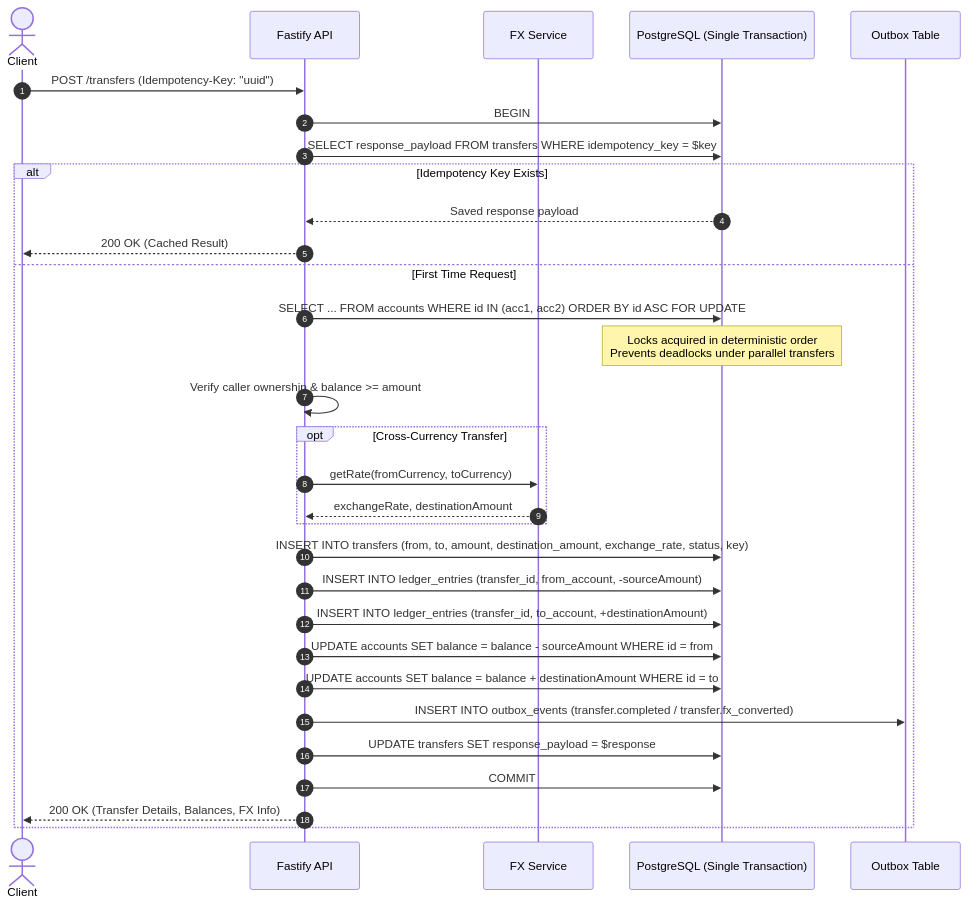
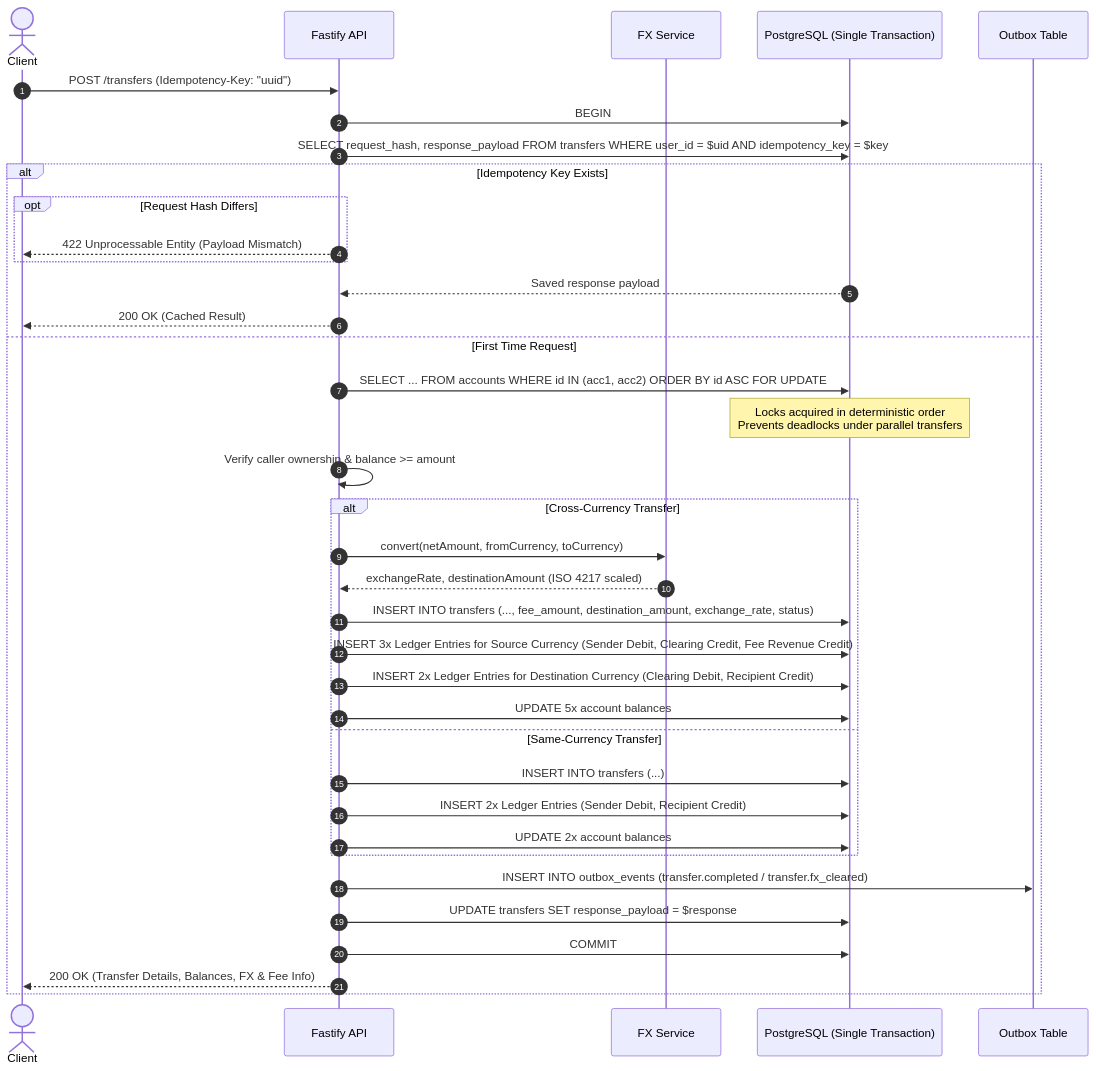
The second of 4 diagrams in README.md (Sanskar2298/digitalwallet-), drawn with Mermaid before and after one commit. The commit also changed other lines of this file, not shown here.

Commit message:
docs: clean up README, align diagrams with 5-entry fee flow, fix formatting and roadmap

````diff
--- a/README.md
+++ b/README.md
@@ -95,34 +100,40 @@
 ```mermaid
 sequenceDiagram
     autonumber
     actor Client
     participant API as Fastify API
     participant FX as FX Service
     participant DB as PostgreSQL (Single Transaction)
     participant Outbox as Outbox Table
 
     Client->>API: POST /transfers (Idempotency-Key: "uuid")
     API->>DB: BEGIN
-    API->>DB: SELECT response_payload FROM transfers WHERE idempotency_key = $key
+    API->>DB: SELECT request_hash, response_payload FROM transfers WHERE user_id = $uid AND idempotency_key = $key
     alt Idempotency Key Exists
+        opt Request Hash Differs
+            API-->>Client: 422 Unprocessable Entity (Payload Mismatch)
+        end
         DB-->>API: Saved response payload
         API-->>Client: 200 OK (Cached Result)
     else First Time Request
         API->>DB: SELECT ... FROM accounts WHERE id IN (acc1, acc2) ORDER BY id ASC FOR UPDATE
         Note over DB: Locks acquired in deterministic order<br/>Prevents deadlocks under parallel transfers
         API->>API: Verify caller ownership & balance >= amount
-        opt Cross-Currency Transfer
-            API->>FX: getRate(fromCurrency, toCurrency)
-            FX-->>API: exchangeRate, destinationAmount
+        alt Cross-Currency Transfer
+            API->>FX: convert(netAmount, fromCurrency, toCurrency)
+            FX-->>API: exchangeRate, destinationAmount (ISO 4217 scaled)
+            API->>DB: INSERT INTO transfers (..., fee_amount, destination_amount, exchange_rate, status)
+            API->>DB: INSERT 3x Ledger Entries for Source Currency (Sender Debit, Clearing Credit, Fee Revenue Credit)
+            API->>DB: INSERT 2x Ledger Entries for Destination Currency (Clearing Debit, Recipient Credit)
+            API->>DB: UPDATE 5x account balances
+        else Same-Currency Transfer
+            API->>DB: INSERT INTO transfers (...)
+            API->>DB: INSERT 2x Ledger Entries (Sender Debit, Recipient Credit)
+            API->>DB: UPDATE 2x account balances
         end
-        API->>DB: INSERT INTO transfers (from, to, amount, destination_amount, exchange_rate, status, key)
-        API->>DB: INSERT INTO ledger_entries (transfer_id, from_account, -sourceAmount)
-        API->>DB: INSERT INTO ledger_entries (transfer_id, to_account, +destinationAmount)
-        API->>DB: UPDATE accounts SET balance = balance - sourceAmount WHERE id = from
-        API->>DB: UPDATE accounts SET balance = balance + destinationAmount WHERE id = to
-        API->>Outbox: INSERT INTO outbox_events (transfer.completed / transfer.fx_converted)
+        API->>Outbox: INSERT INTO outbox_events (transfer.completed / transfer.fx_cleared)
         API->>DB: UPDATE transfers SET response_payload = $response
         API->>DB: COMMIT
-        API-->>Client: 200 OK (Transfer Details, Balances, FX Info)
+        API-->>Client: 200 OK (Transfer Details, Balances, FX & Fee Info)
     end
 ```
````
